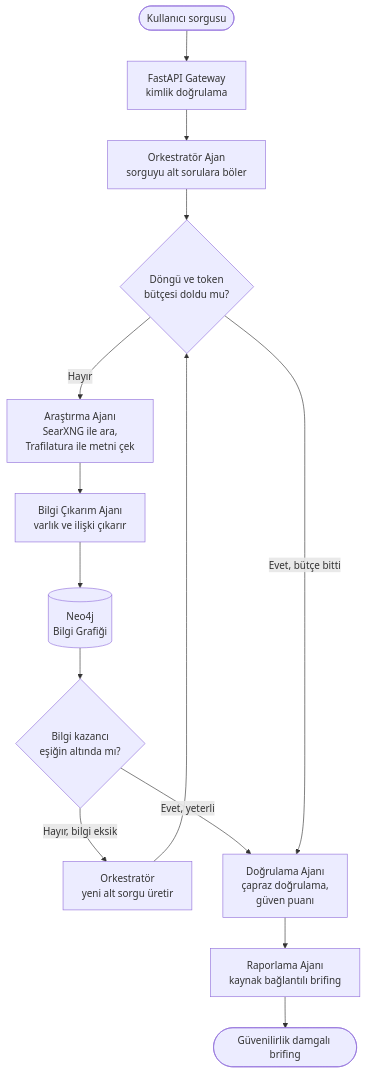
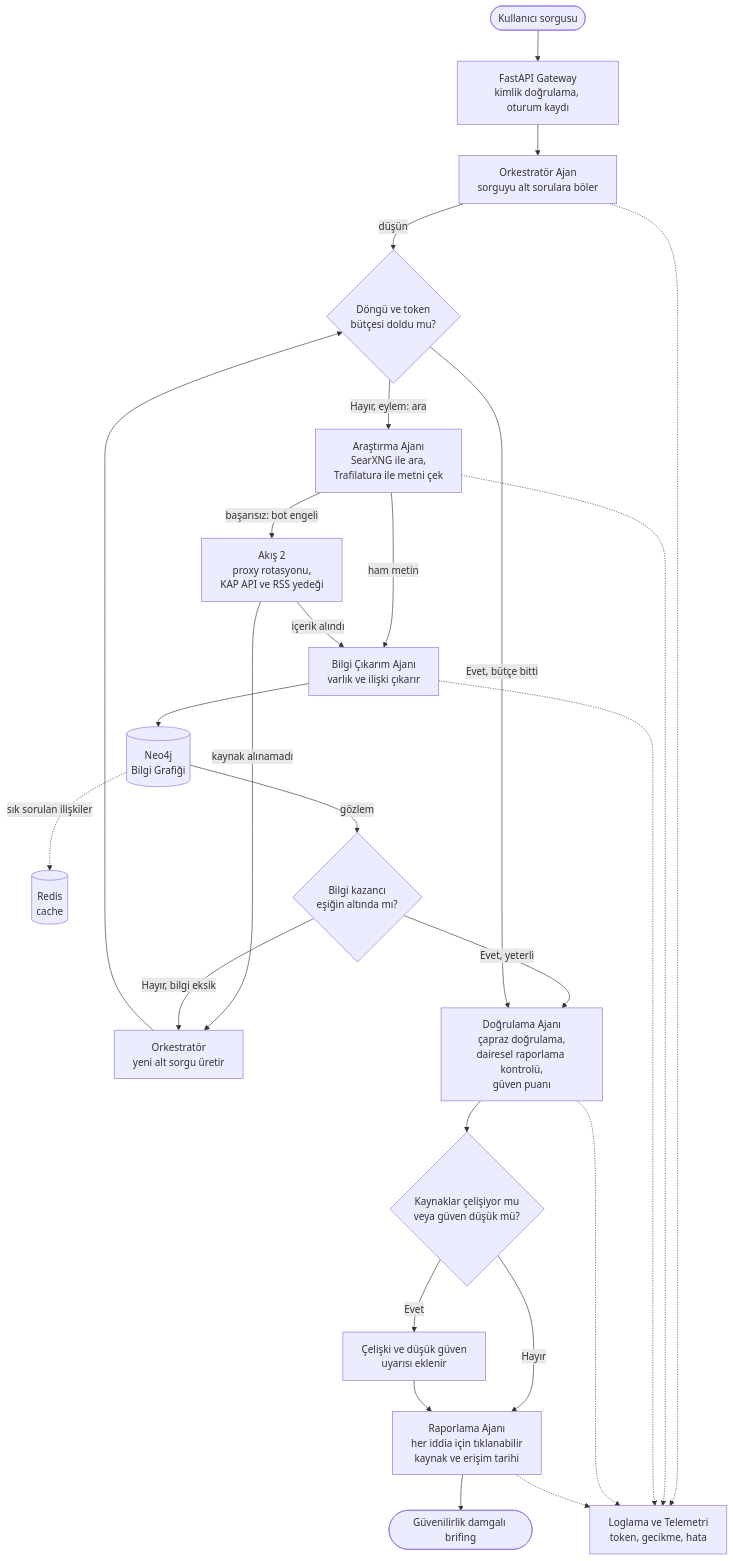
One commit to eemreus/Multi-Agent-ve-GraphRAG-Tabanl-Otonom-Finansal-stihbarat-Platformu changed the diagram in docs/03-flows.md. Above: the diagram before and after it, drawn with Mermaid. The commit also changed other lines of this file, not shown here.

Commit message:
docs: Akış 1 - ReAct etiketleri, bot engeli yolu, çelişki kontrolü, log ve cache

````diff
--- a/docs/03-flows.md
+++ b/docs/03-flows.md
@@ -13,39 +7,34 @@
 ```mermaid
+flowchart TD
+    U(["Kullanıcı sorgusu"]) --> API["FastAPI Gateway<br/>kimlik doğrulama, oturum kaydı"]
+    API --> ORC1["Orkestratör Ajan<br/>sorguyu alt sorulara böler"]
+    ORC1 -->|düşün| BUDGET{"Döngü ve token<br/>bütçesi doldu mu?"}
 
-flowchart TD
+    BUDGET -->|Hayır, eylem: ara| RES["Araştırma Ajanı<br/>SearXNG ile ara,<br/>Trafilatura ile metni çek"]
+    RES -->|ham metin| EXTR["Bilgi Çıkarım Ajanı<br/>varlık ve ilişki çıkarır"]
+    RES -->|başarısız: bot engeli| FLOW2["Akış 2<br/>proxy rotasyonu,<br/>KAP API ve RSS yedeği"]
+    FLOW2 -->|içerik alındı| EXTR
+    FLOW2 -->|kaynak alınamadı| ORC2
 
-    U([Kullanıcı sorgusu]) --> API[FastAPI Gateway<br/>kimlik doğrulama]
+    EXTR --> NEO[("Neo4j<br/>Bilgi Grafiği")]
+    NEO -.->|sık sorulan ilişkiler| RED[("Redis<br/>cache")]
+    NEO -->|gözlem| GAIN{"Bilgi kazancı<br/>eşiğin altında mı?"}
 
-    API --> ORC1[Orkestratör Ajan<br/>sorguyu alt sorulara böler]
-
-    ORC1 --> BUDGET{Döngü ve token<br/>bütçesi doldu mu?}
-
-
-
-    BUDGET -- Hayır --> RES[Araştırma Ajanı<br/>SearXNG ile ara,<br/>Trafilatura ile metni çek]
-
-    RES --> EXTR[Bilgi Çıkarım Ajanı<br/>varlık ve ilişki çıkarır]
-
-    EXTR --> NEO[(Neo4j<br/>Bilgi Grafiği)]
-
-    NEO --> GAIN{Bilgi kazancı<br/>eşiğin altında mı?}
-
-
-
-    GAIN -- Hayır, bilgi eksik --> ORC2[Orkestratör<br/>yeni alt sorgu üretir]
-
+    GAIN -->|Hayır, bilgi eksik| ORC2["Orkestratör<br/>yeni alt sorgu üretir"]
     ORC2 --> BUDGET
 
+    GAIN -->|Evet, yeterli| VER
+    BUDGET -->|Evet, bütçe bitti| VER["Doğrulama Ajanı<br/>çapraz doğrulama,<br/>dairesel raporlama kontrolü,<br/>güven puanı"]
 
+    VER --> CONF{"Kaynaklar çelişiyor mu<br/>veya güven düşük mü?"}
+    CONF -->|Evet| WARN["Çelişki ve düşük güven<br/>uyarısı eklenir"]
+    CONF -->|Hayır| REP
+    WARN --> REP["Raporlama Ajanı<br/>her iddia için tıklanabilir<br/>kaynak ve erişim tarihi"]
+    REP --> OUT(["Güvenilirlik damgalı brifing"])
 
-    GAIN -- Evet, yeterli --> VER
-
-    BUDGET -- Evet, bütçe bitti --> VER[Doğrulama Ajanı<br/>çapraz doğrulama,<br/>güven puanı]
-
-
-
-    VER --> REP[Raporlama Ajanı<br/>kaynak bağlantılı brifing]
-
-    REP --> OUT([Güvenilirlik damgalı brifing])
-
+    ORC1 -.-> LOG["Loglama ve Telemetri<br/>token, gecikme, hata"]
+    RES -.-> LOG
+    EXTR -.-> LOG
+    VER -.-> LOG
+    REP -.-> LOG
 ```
````
